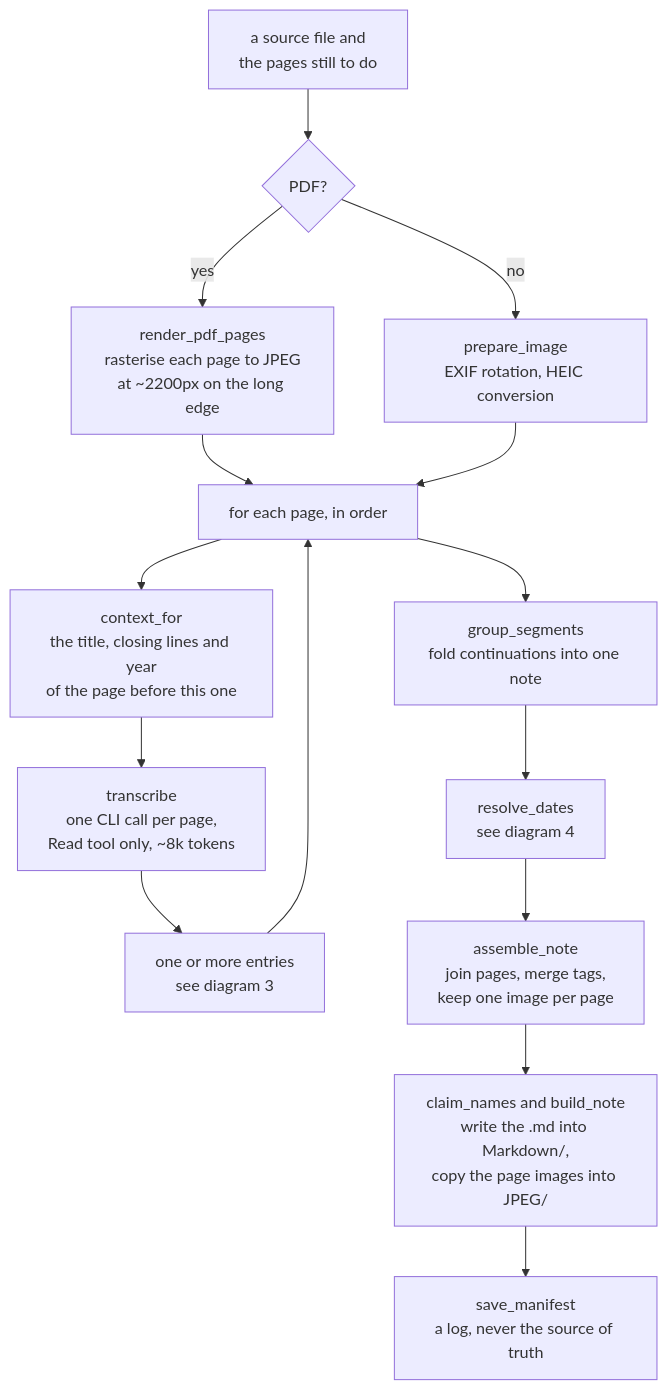
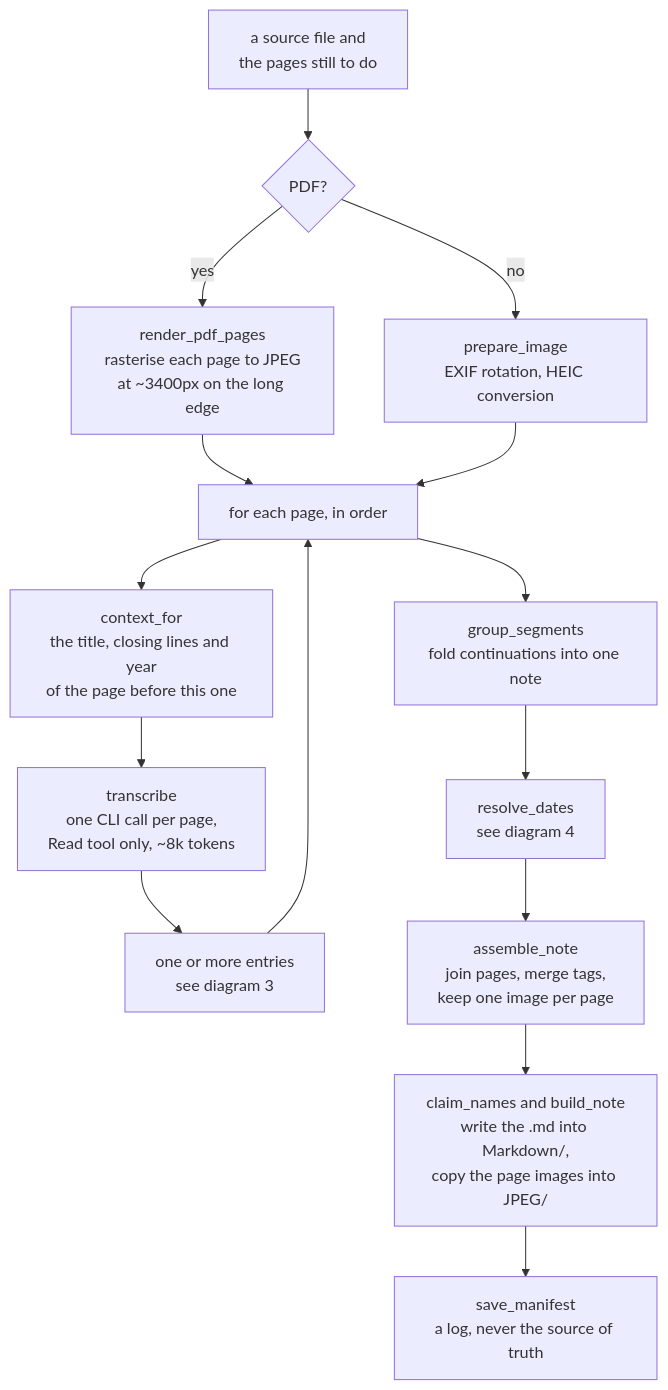
Before and after one commit to leif-niehe/scan-notes: the second of 4 diagrams in WORKFLOW.md, drawn with Mermaid. The commit also changed other lines of this file and 2 other files, not shown here.

````diff
--- a/WORKFLOW.md
+++ b/WORKFLOW.md
@@ -36,17 +36,17 @@
 ```mermaid
 flowchart TD
     A["a source file and<br/>the pages still to do"] --> B{"PDF?"}
-    B -->|"yes"| C["render_pdf_pages<br/>rasterise each page to JPEG<br/>at ~2200px on the long edge"]
+    B -->|"yes"| C["render_pdf_pages<br/>rasterise each page to JPEG<br/>at ~3400px on the long edge"]
     B -->|"no"| D["prepare_image<br/>EXIF rotation, HEIC conversion"]
     C --> E["for each page, in order"]
     D --> E
     E --> F["context_for<br/>the title, closing lines and year<br/>of the page before this one"]
     F --> G["transcribe<br/>one CLI call per page,<br/>Read tool only, ~8k tokens"]
     G --> H["one or more entries<br/>see diagram 3"]
     H --> E
     E --> I["group_segments<br/>fold continuations into one note"]
     I --> J["resolve_dates<br/>see diagram 4"]
     J --> K["assemble_note<br/>join pages, merge tags,<br/>keep one image per page"]
     K --> L["claim_names and build_note<br/>write the .md into Markdown/,<br/>copy the page images into JPEG/"]
     L --> M["save_manifest<br/>a log, never the source of truth"]
 ```
````
